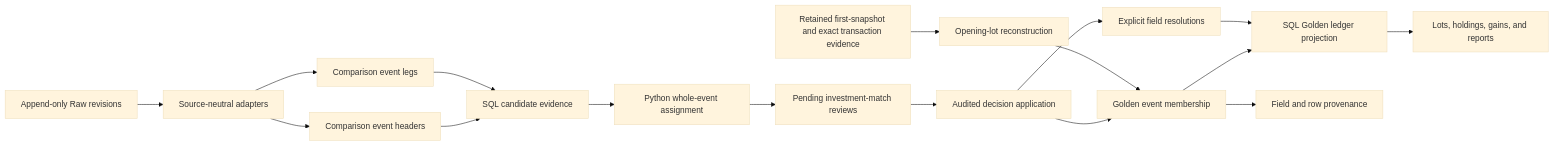
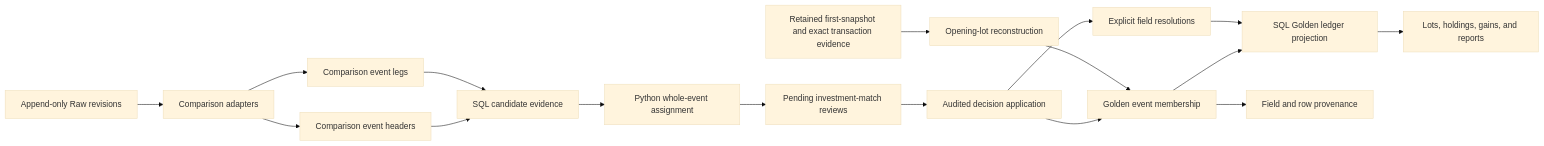
The diagram in docs/specs/investment-event-matching.md (bsaffel/moneybin), drawn with Mermaid (base theme) before and after one commit. The commit also changed other lines of this file, not shown here.

````diff
--- a/docs/specs/investment-event-matching.md
+++ b/docs/specs/investment-event-matching.md
@@ -123,19 +124,19 @@
 ```mermaid
 flowchart LR
-    R["Append-only Raw revisions"] --> A["Source-neutral adapters"]
+    R["Append-only Raw revisions"] --> A["Comparison adapters"]
     A --> H["Comparison event headers"]
     A --> L["Comparison event legs"]
     H --> C["SQL candidate evidence"]
     L --> C
     C --> P["Python whole-event assignment"]
     P --> Q["Pending investment-match reviews"]
     Q --> D["Audited decision application"]
     D --> M["Golden event membership"]
     D --> F["Explicit field resolutions"]
     O["Retained first-snapshot and exact transaction evidence"] --> B["Opening-lot reconstruction"]
     B --> M
     M --> G["SQL Golden ledger projection"]
     F --> G
     G --> T["Lots, holdings, gains, and reports"]
     M --> V["Field and row provenance"]
 ```
````
